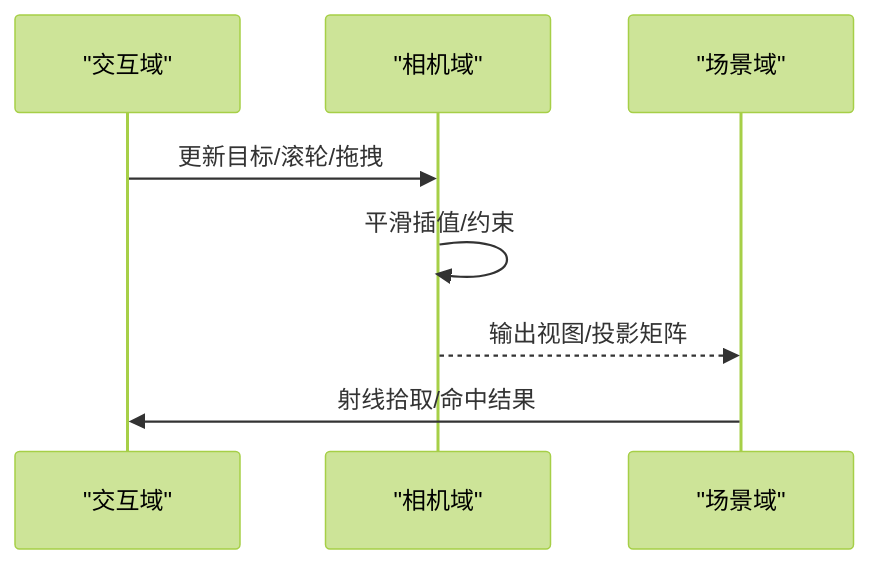
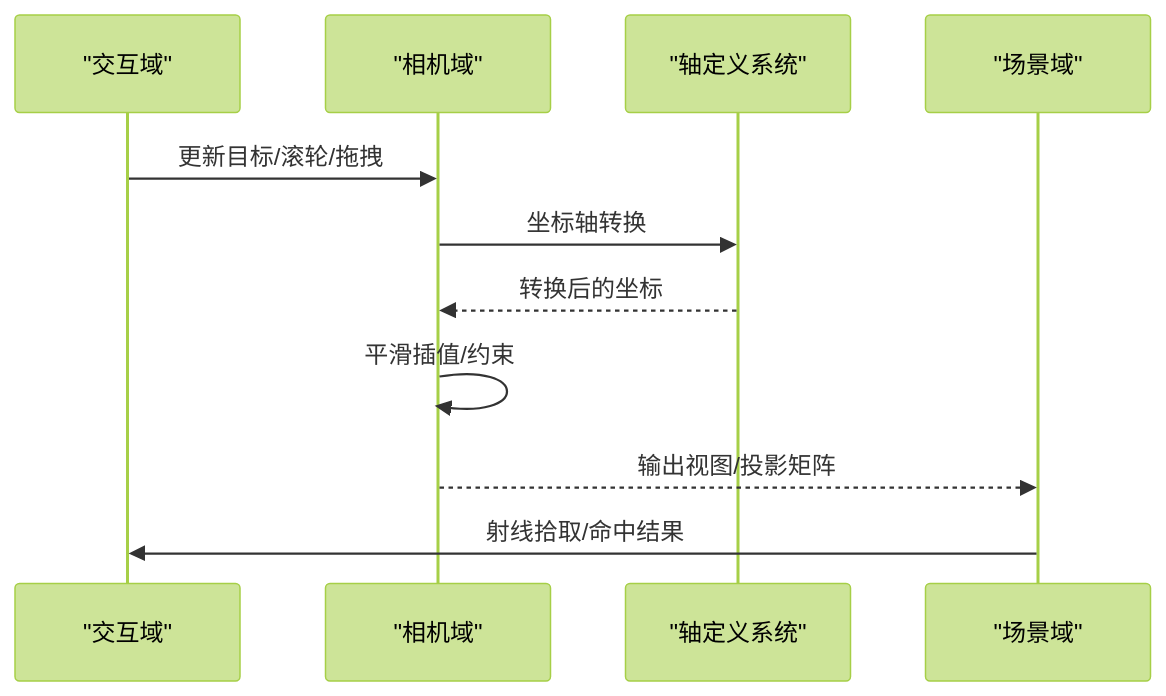
Before and after one commit to rzhangjing/cesium: the sixth of 14 diagrams in .qoder/repowiki/zh/content/场景管理/场景管理架构.md, drawn with Mermaid (forest theme). The commit also changed other lines of this file and 90 other files, not shown here.

````diff
--- a/.qoder/repowiki/zh/content/场景管理/场景管理架构.md
+++ b/.qoder/repowiki/zh/content/场景管理/场景管理架构.md
@@ -309,10 +386,13 @@
 ```mermaid
 sequenceDiagram
 participant UI as "交互域"
 participant Cam as "相机域"
+participant Axes as "轴定义系统"
 participant Scene as "场景域"
 UI->>Cam : 更新目标/滚轮/拖拽
+Cam->>Axes : 坐标轴转换
+Axes-->>Cam : 转换后的坐标
 Cam->>Cam : 平滑插值/约束
 Cam-->>Scene : 输出视图/投影矩阵
 Scene->>UI : 射线拾取/命中结果
 ```
````
